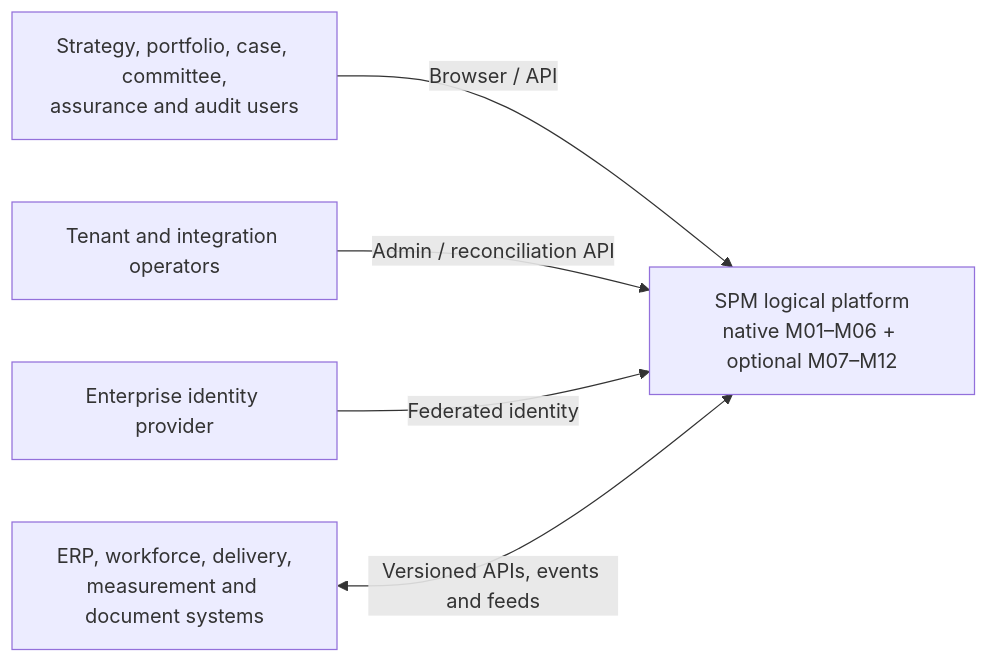
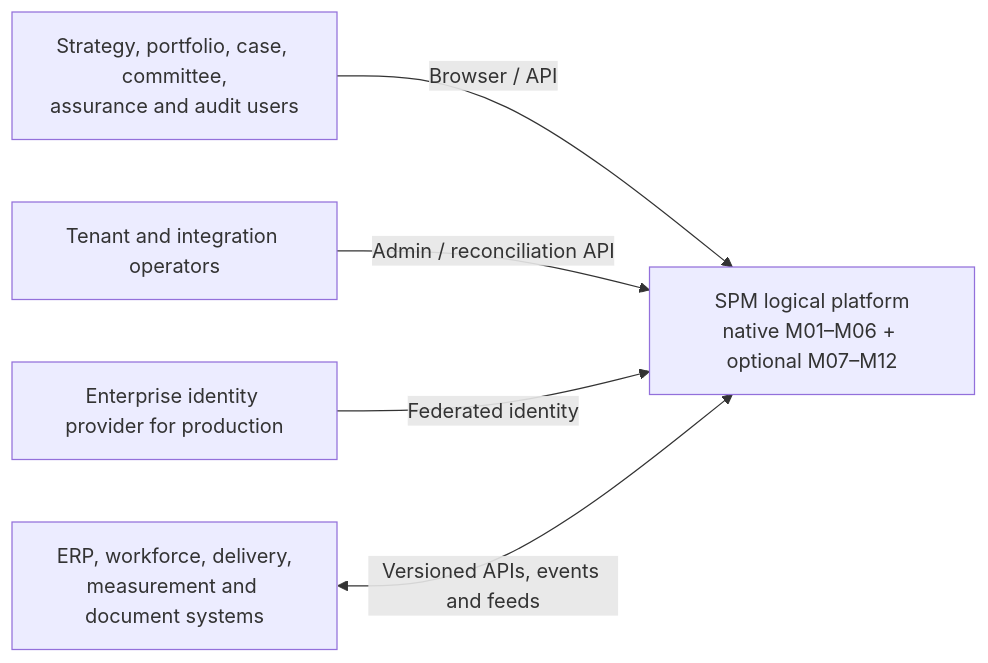
One commit to squire1310/Strategic_Portfolio_Management changed the first of 3 diagrams in docs/logical-architecture.md. Above: the diagram before and after it, drawn with Mermaid. The commit also changed other lines of this file, not shown here.

Commit message:
Align docs/logical-architecture.md with first build and model v1.1

````diff
--- a/docs/logical-architecture.md
+++ b/docs/logical-architecture.md
@@ -16,12 +16,12 @@
 ```mermaid
 flowchart LR
   Users[Strategy, portfolio, case, committee,<br/>assurance and audit users]
   Admins[Tenant and integration operators]
-  IdP[Enterprise identity provider]
+  IdP[Enterprise identity provider for production]
   External[ERP, workforce, delivery,<br/>measurement and document systems]
   SPM[SPM logical platform<br/>native M01–M06 + optional M07–M12]
   Users -->|Browser / API| SPM
   Admins -->|Admin / reconciliation API| SPM
   IdP -->|Federated identity| SPM
   External <-->|Versioned APIs, events and feeds| SPM
 ```
````
